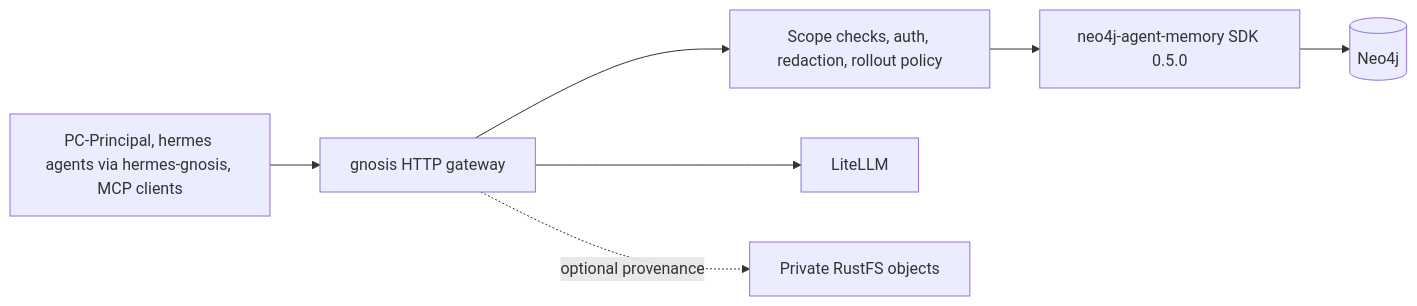
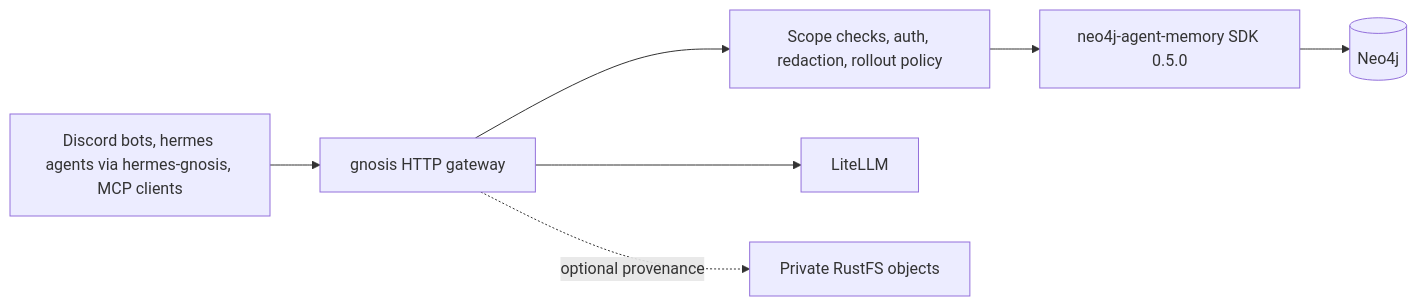
Before and after one commit to bromigos-org/gnosis: the first of 2 diagrams in README.md, drawn with Mermaid. The commit also changed other lines of this file and 34 other files, not shown here.

````diff
--- a/README.md
+++ b/README.md
@@ -125,17 +125,17 @@
 ```mermaid
 flowchart LR
-    Clients[PC-Principal, hermes agents via hermes-gnosis, MCP clients]
+    Clients[Discord bots, hermes agents via hermes-gnosis, MCP clients]
     Gateway[gnosis HTTP gateway]
     Policy[Scope checks, auth, redaction, rollout policy]
     SDK[neo4j-agent-memory SDK 0.5.0]
     Neo4j[(Neo4j)]
     LiteLLM[LiteLLM]
     RustFS[Private RustFS objects]
 
     Clients --> Gateway
     Gateway --> Policy
     Policy --> SDK
     SDK --> Neo4j
     Gateway --> LiteLLM
     Gateway -. optional provenance .-> RustFS
 ```
````
